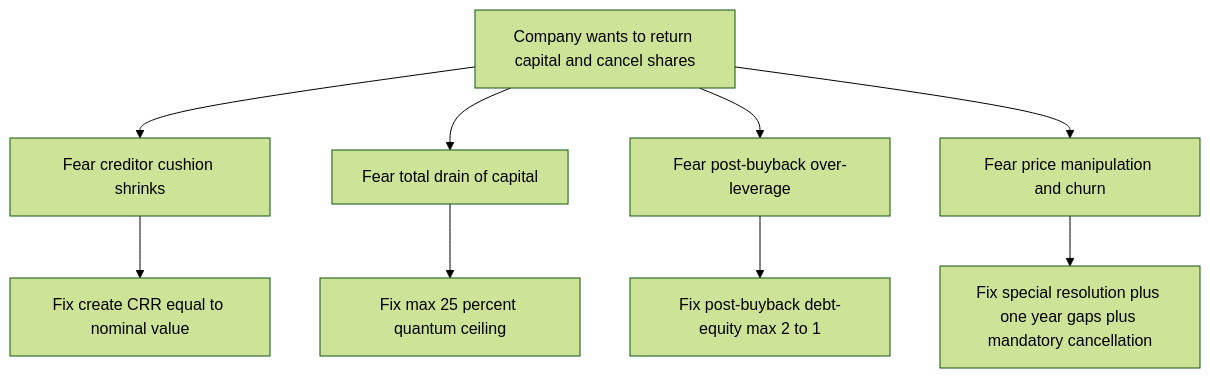
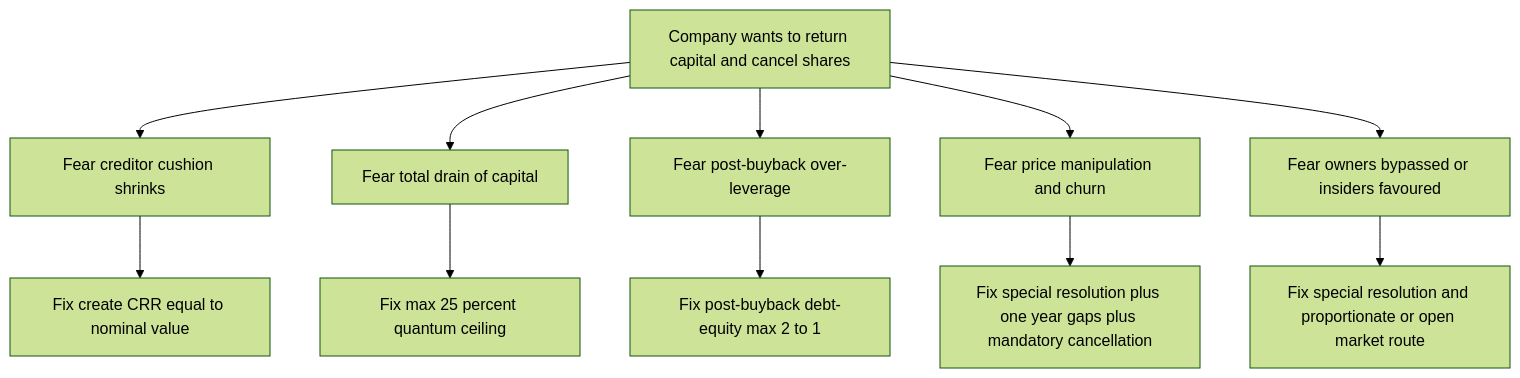
The first of 3 diagrams in CA/concept-notes/Accounting/md/32_buyback-of-securities.md (saikumarkaleru/certifications), drawn with Mermaid (forest theme) before and after one commit. The commit also changed other lines of this file and 117 other files, not shown here.

````diff
--- a/CA/concept-notes/Accounting/md/32_buyback-of-securities.md
+++ b/CA/concept-notes/Accounting/md/32_buyback-of-securities.md
@@ -60,11 +82,13 @@
 ```mermaid
 flowchart TD
     A["Company wants to return capital and cancel shares"] --> B["Fear creditor cushion shrinks"]
     A --> C["Fear total drain of capital"]
     A --> D["Fear post-buyback over-leverage"]
     A --> E["Fear price manipulation and churn"]
+    A --> F["Fear owners bypassed or insiders favoured"]
     B --> B2["Fix create CRR equal to nominal value"]
     C --> C2["Fix max 25 percent quantum ceiling"]
     D --> D2["Fix post-buyback debt-equity max 2 to 1"]
     E --> E2["Fix special resolution plus one year gaps plus mandatory cancellation"]
+    F --> F2["Fix special resolution and proportionate or open market route"]
 ```
````
